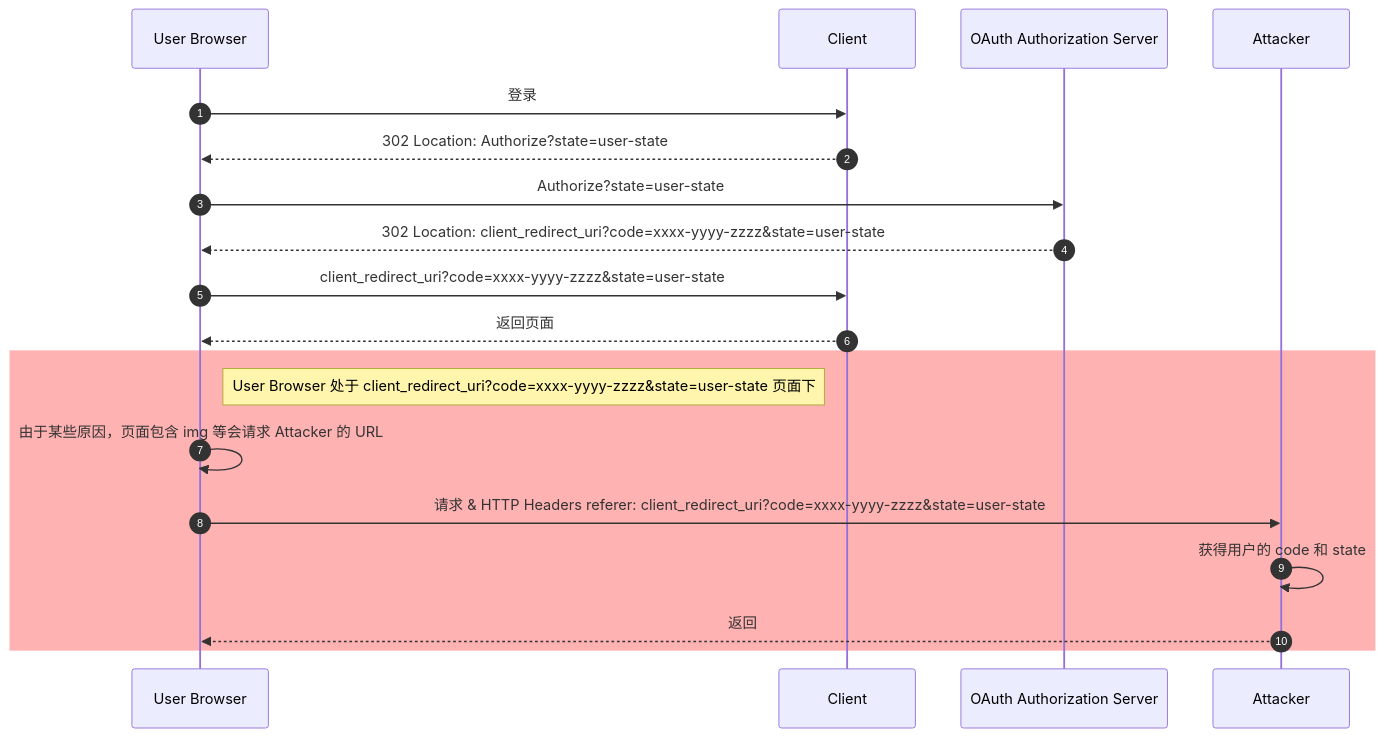
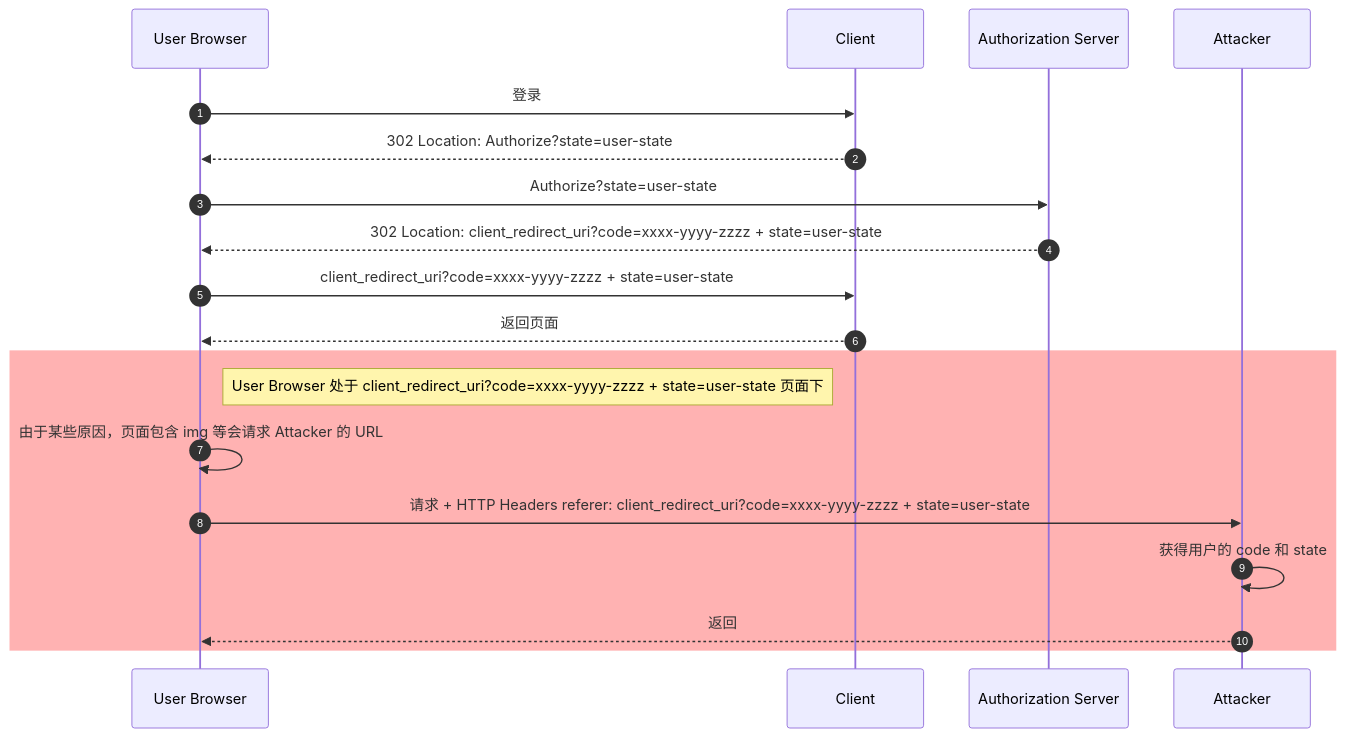
Before and after one commit to lsj9383/blog: the second of 9 diagrams in posts/oauth-best-practice/readme.md, drawn with Mermaid. The commit also changed other lines of this file, not shown here.

````diff
--- a/posts/oauth-best-practice/readme.md
+++ b/posts/oauth-best-practice/readme.md
@@ -296,24 +307,24 @@
 ```mermaid
 sequenceDiagram
 autonumber
 
 participant user_browser as User Browser
 participant client as Client
-participant authz_server as OAuth Authorization Server
+participant authz_server as Authorization Server
 participant attacker as Attacker
 
 user_browser ->> client: 登录
 client -->> user_browser: 302 Location: Authorize?state=user-state
 user_browser ->> authz_server: Authorize?state=user-state
-authz_server -->> user_browser: 302 Location: client_redirect_uri?code=xxxx-yyyy-zzzz&state=user-state
-user_browser ->> client: client_redirect_uri?code=xxxx-yyyy-zzzz&state=user-state
+authz_server -->> user_browser: 302 Location: client_redirect_uri?code=xxxx-yyyy-zzzz + state=user-state
+user_browser ->> client: client_redirect_uri?code=xxxx-yyyy-zzzz + state=user-state
 client -->> user_browser: 返回页面
 
 rect rgb(255, 0, 0, .3)
-    Note right of user_browser: User Browser 处于 client_redirect_uri?code=xxxx-yyyy-zzzz&state=user-state 页面下
+    Note right of user_browser: User Browser 处于 client_redirect_uri?code=xxxx-yyyy-zzzz + state=user-state 页面下
     user_browser ->> user_browser: 由于某些原因，页面包含 img 等会请求 Attacker 的 URL
-    user_browser ->> attacker: 请求 & HTTP Headers referer: client_redirect_uri?code=xxxx-yyyy-zzzz&state=user-state
+    user_browser ->> attacker: 请求 + HTTP Headers referer: client_redirect_uri?code=xxxx-yyyy-zzzz + state=user-state
     attacker ->> attacker: 获得用户的 code 和 state
     attacker -->> user_browser: 返回
 end
 ```
````
